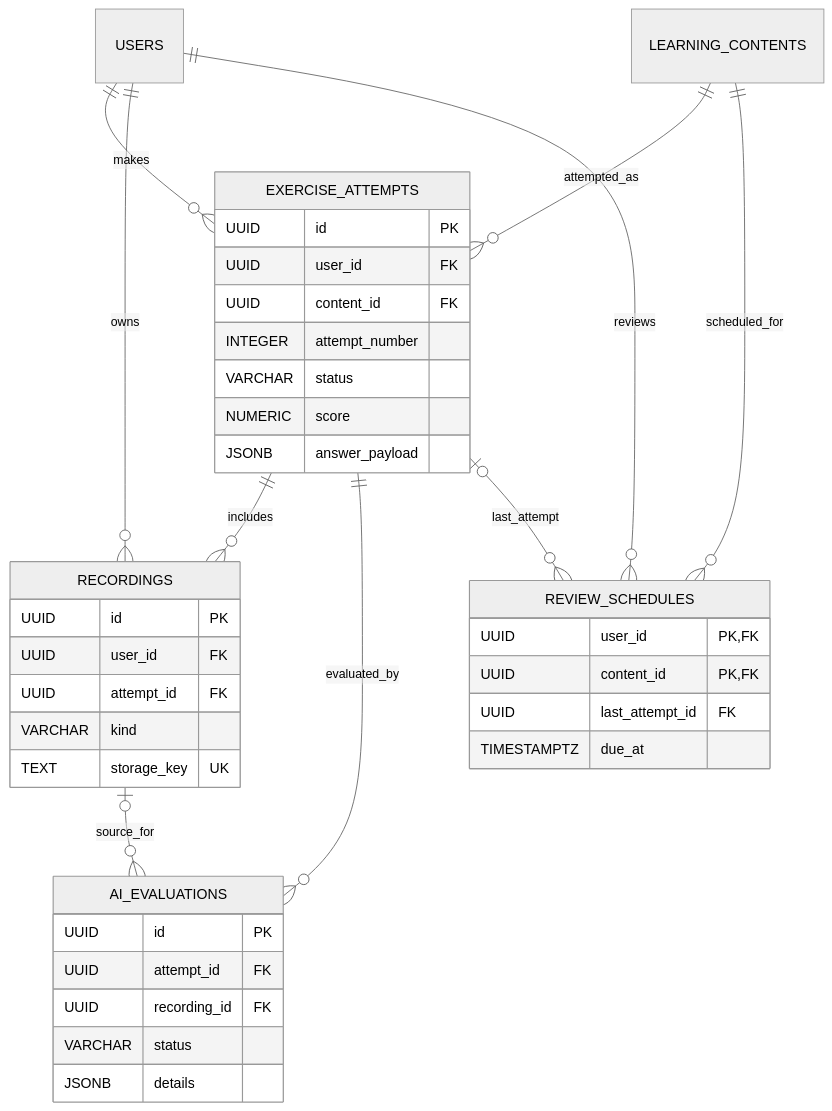
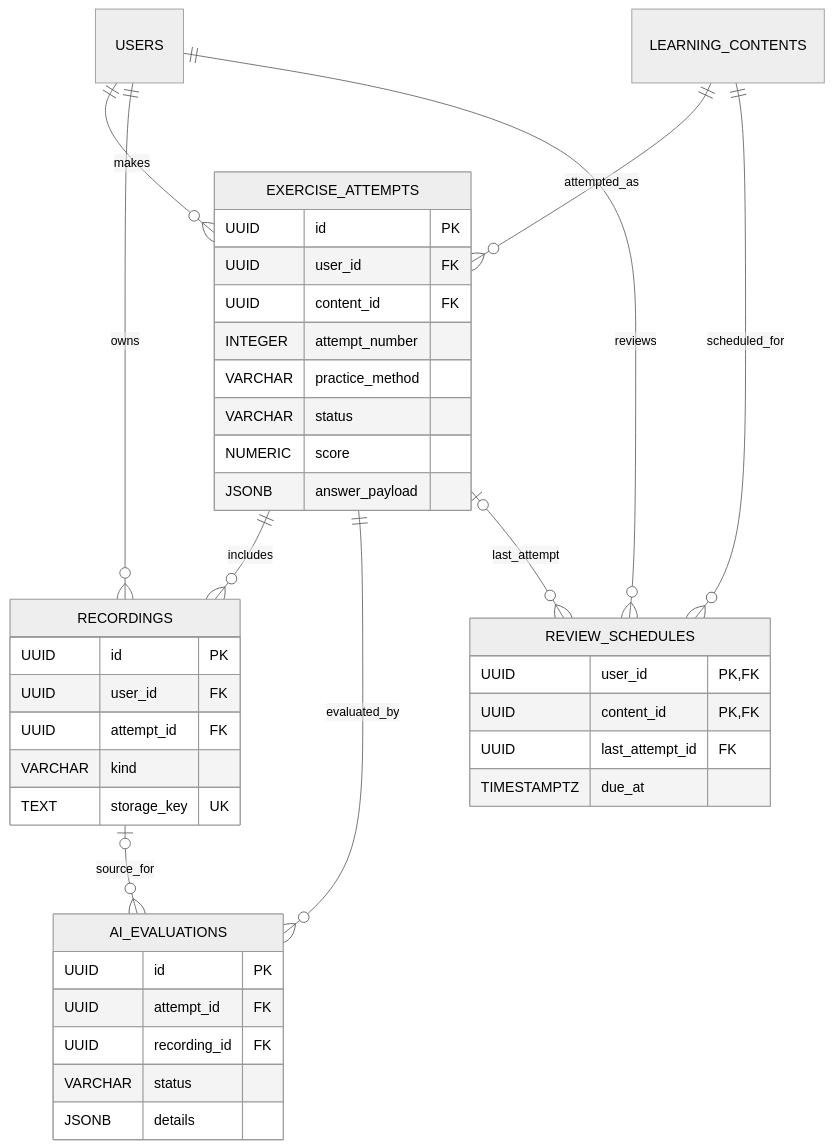
One commit to mrthinh307/kaiwa-up changed the third of 6 diagrams in docs/05-database.md. Above: the diagram before and after it, drawn with Mermaid (neutral theme). The commit also changed other lines of this file and 7 other files, not shown here.

Commit message:
feat(attempt): persist practice method

````diff
--- a/docs/05-database.md
+++ b/docs/05-database.md
@@ -95,42 +95,43 @@
 ```mermaid
 erDiagram
     USERS ||--o{ EXERCISE_ATTEMPTS : makes
     LEARNING_CONTENTS ||--o{ EXERCISE_ATTEMPTS : attempted_as
     USERS ||--o{ RECORDINGS : owns
     EXERCISE_ATTEMPTS ||--o{ RECORDINGS : includes
     EXERCISE_ATTEMPTS ||--o{ AI_EVALUATIONS : evaluated_by
     RECORDINGS o|--o{ AI_EVALUATIONS : source_for
     USERS ||--o{ REVIEW_SCHEDULES : reviews
     LEARNING_CONTENTS ||--o{ REVIEW_SCHEDULES : scheduled_for
     EXERCISE_ATTEMPTS o|--o{ REVIEW_SCHEDULES : last_attempt
 
     EXERCISE_ATTEMPTS {
         UUID id PK
         UUID user_id FK
         UUID content_id FK
         INTEGER attempt_number
+        VARCHAR practice_method
         VARCHAR status
         NUMERIC score
         JSONB answer_payload
     }
     RECORDINGS {
         UUID id PK
         UUID user_id FK
         UUID attempt_id FK
         VARCHAR kind
         TEXT storage_key UK
     }
     AI_EVALUATIONS {
         UUID id PK
         UUID attempt_id FK
         UUID recording_id FK
         VARCHAR status
         JSONB details
     }
     REVIEW_SCHEDULES {
         UUID user_id PK,FK
         UUID content_id PK,FK
         UUID last_attempt_id FK
         TIMESTAMPTZ due_at
     }
 ```
````
